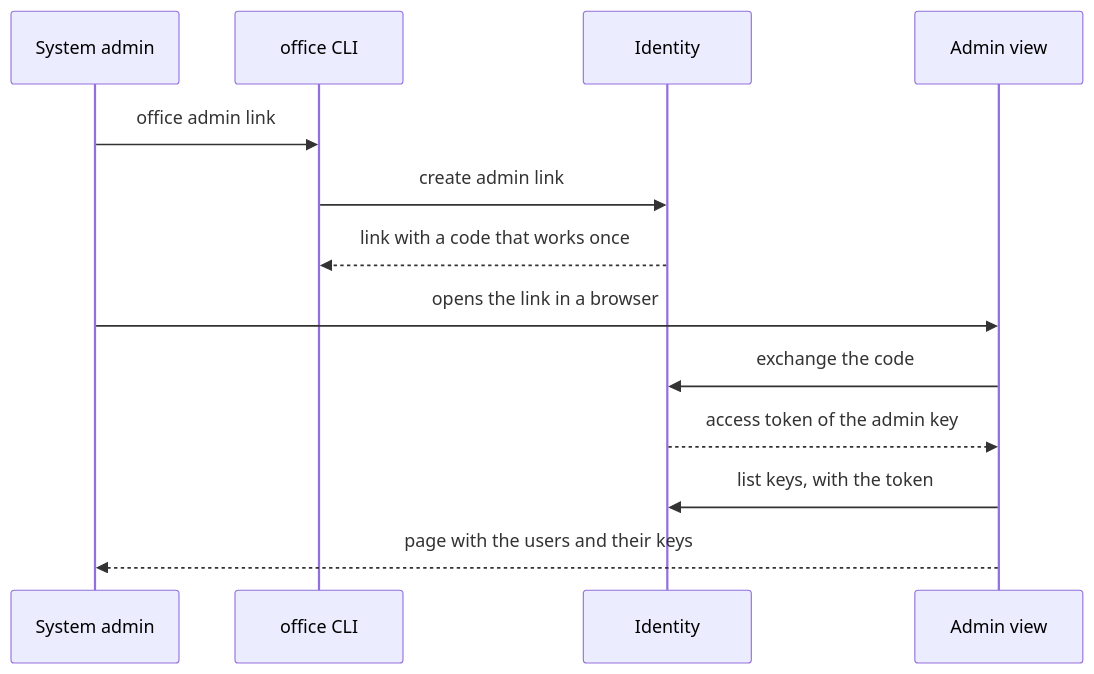
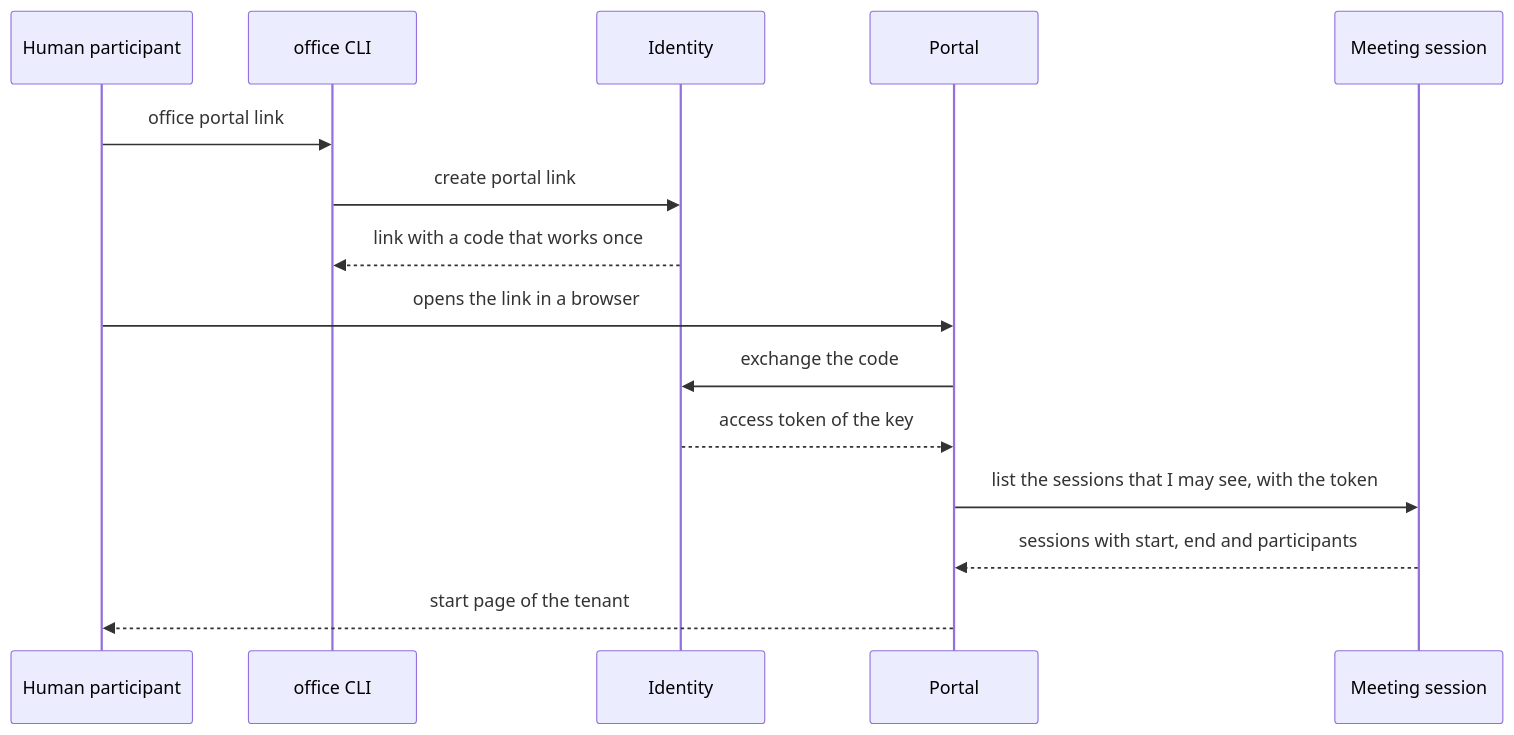
The tenth of 15 diagrams in docs/architecture/06-runtime-view.arc42.md (mrsimpson/agentic-office), drawn with Mermaid before and after one commit. The commit also changed other lines of this file and 26 other files, not shown here.

First line of the commit message:
feat!: the portal replaces the admin view (dec-web-portal) (#181)

````diff
--- a/docs/architecture/06-runtime-view.arc42.md
+++ b/docs/architecture/06-runtime-view.arc42.md
@@ -428,15 +429,17 @@
 ```mermaid
 sequenceDiagram
-    participant actor_system_admin as System admin
+    participant actor_human as Human participant
     participant bb_cli as office CLI
     participant bb_identity as Identity
-    participant bb_admin as Admin view
-    actor_system_admin->>bb_cli: office admin link
-    bb_cli->>bb_identity: create admin link
+    participant bb_portal as Portal
+    participant bb_session_service as Meeting session
+    actor_human->>bb_cli: office portal link
+    bb_cli->>bb_identity: create portal link
     bb_identity-->>bb_cli: link with a code that works once
-    actor_system_admin->>bb_admin: opens the link in a browser
-    bb_admin->>bb_identity: exchange the code
-    bb_identity-->>bb_admin: access token of the admin key
-    bb_admin->>bb_identity: list keys, with the token
-    bb_admin-->>actor_system_admin: page with the users and their keys
+    actor_human->>bb_portal: opens the link in a browser
+    bb_portal->>bb_identity: exchange the code
+    bb_identity-->>bb_portal: access token of the key
+    bb_portal->>bb_session_service: list the sessions that I may see, with the token
+    bb_session_service-->>bb_portal: sessions with start, end and participants
+    bb_portal-->>actor_human: start page of the tenant
 ```
````
